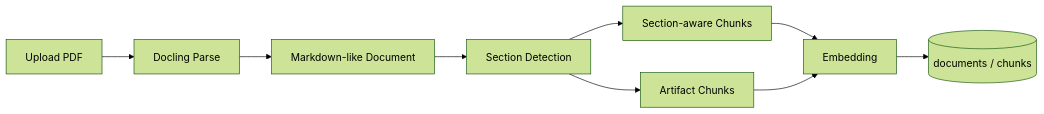
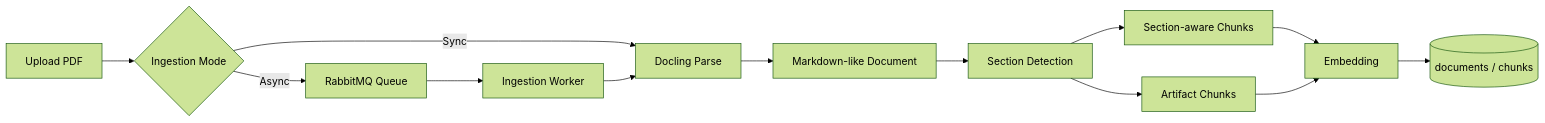
The second of 3 diagrams in README.md (zebir-sir/agentic-rag-paper-assistant), drawn with Mermaid (forest theme) before and after one commit. The commit also changed other lines of this file and 28 other files, not shown here.

Commit message:
Improve ingestion pipeline with async tasks and caching

````diff
--- a/README.md
+++ b/README.md
@@ -145,11 +153,15 @@
 ```mermaid
 flowchart LR
-    A[Upload PDF] --> B[Docling Parse]
+    A[Upload PDF] --> M{Ingestion Mode}
+    M -->|Sync| B[Docling Parse]
+    M -->|Async| Q[RabbitMQ Queue]
+    Q --> W[Ingestion Worker]
+    W --> B
     B --> C[Markdown-like Document]
     C --> D[Section Detection]
     D --> E[Section-aware Chunks]
     D --> F[Artifact Chunks]
     E --> G[Embedding]
     F --> G
     G --> H[(documents / chunks)]
 ```
````
